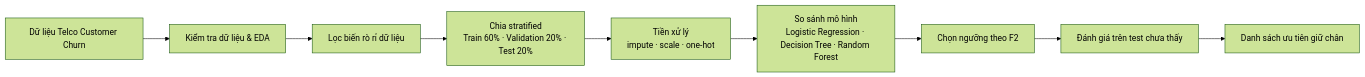
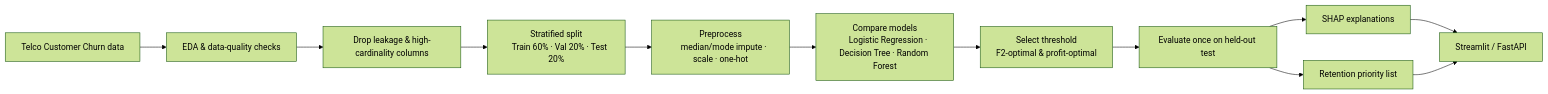
Before and after one commit to Tomato2312/Customer-Churn-Prediction-Using-Supervised-Learning: the diagram in README.md, drawn with Mermaid (forest theme). The commit also changed other lines of this file and 2 other files, not shown here.

````diff
--- a/README.md
+++ b/README.md
@@ -15,11 +52,18 @@
 ```mermaid
 flowchart LR
-    A[Dữ liệu Telco Customer Churn] --> B[Kiểm tra dữ liệu & EDA]
-    B --> C[Lọc biến rò rỉ dữ liệu]
-    C --> D[Chia stratified<br/>Train 60% · Validation 20% · Test 20%]
-    D --> E[Tiền xử lý<br/>impute · scale · one-hot]
-    E --> F[So sánh mô hình<br/>Logistic Regression · Decision Tree · Random Forest]
-    F --> G[Chọn ngưỡng theo F2]
-    G --> H[Đánh giá trên test chưa thấy]
-    H --> I[Danh sách ưu tiên giữ chân]
+    A[Telco Customer Churn data] --> B[EDA & data-quality checks]
+    B --> C[Drop leakage & high-cardinality columns]
+    C --> D["Stratified split
+    Train 60% · Val 20% · Test 20%"]
+    D --> E["Preprocess
+    median/mode impute · scale · one-hot"]
+    E --> F["Compare models
+    Logistic Regression · Decision Tree · Random Forest"]
+    F --> G["Select threshold
+    F2-optimal & profit-optimal"]
+    G --> H[Evaluate once on held-out test]
+    H --> I[SHAP explanations]
+    H --> J[Retention priority list]
+    I --> K[Streamlit / FastAPI]
+    J --> K
 ```
````
